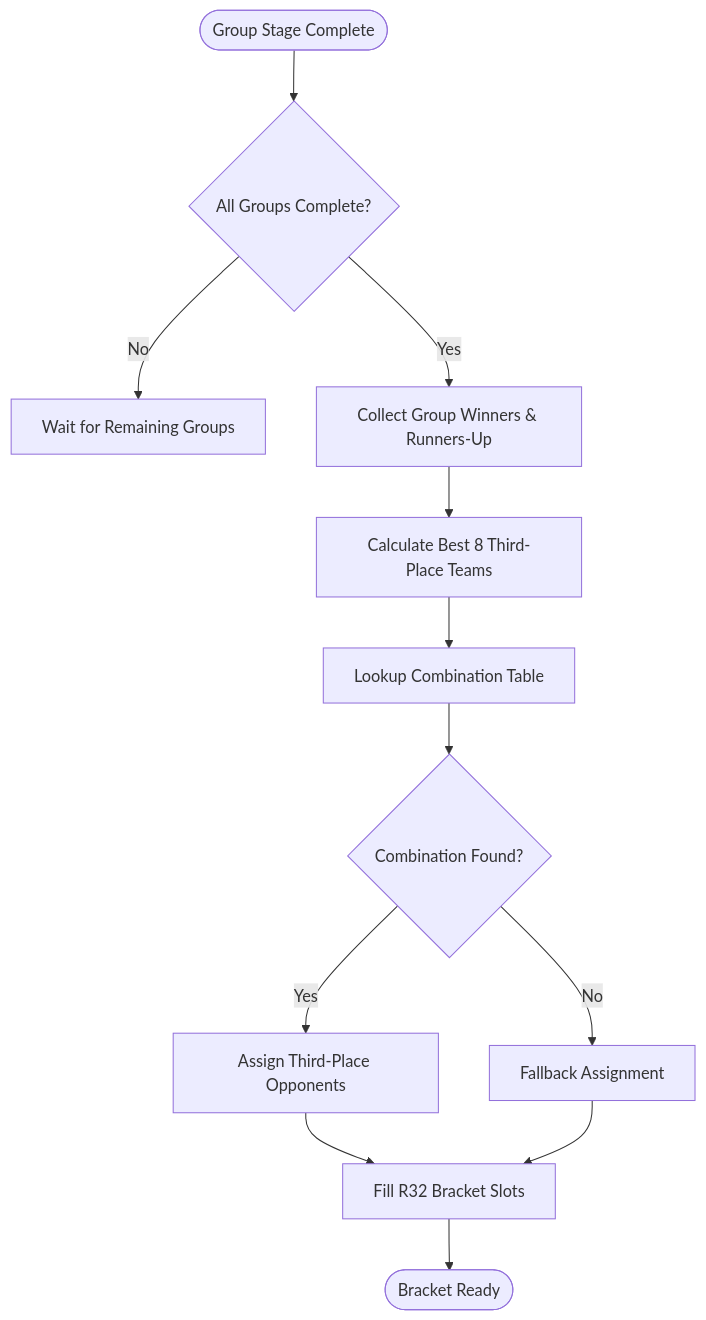
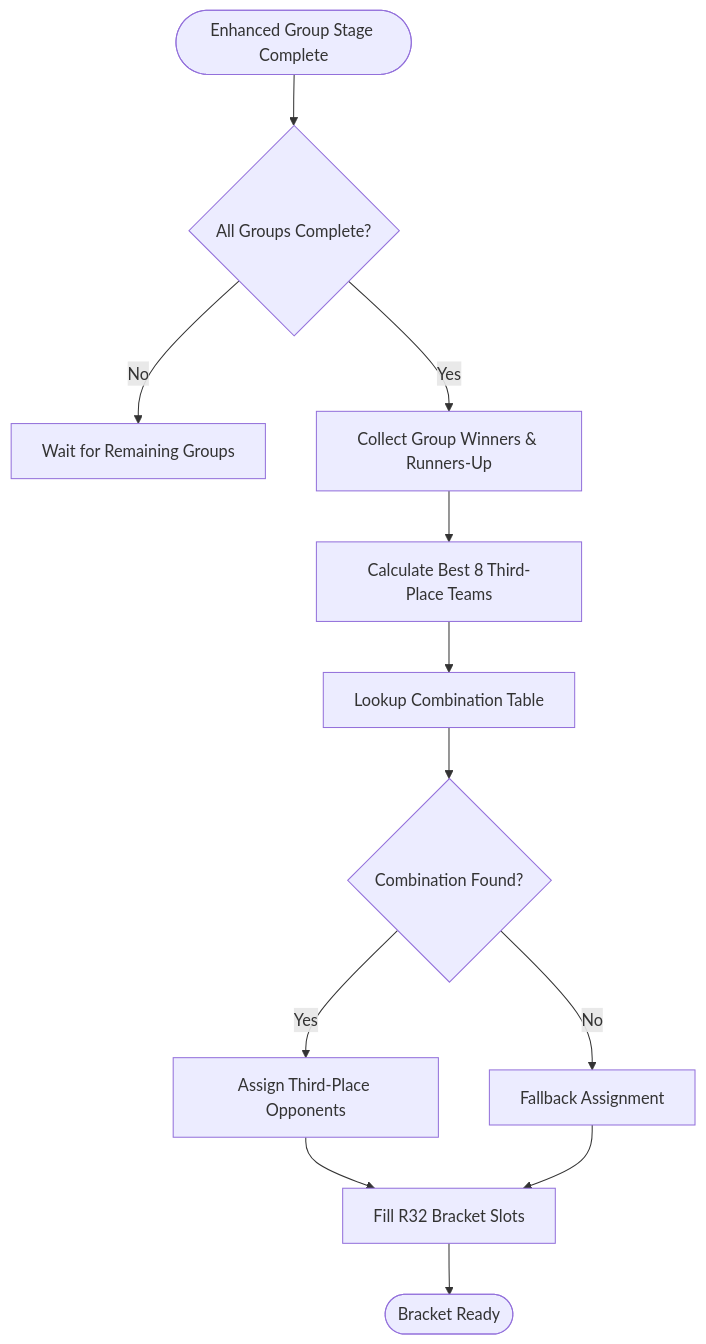
One commit to cheesiong/WC26-qwen changed the fifth of 10 diagrams in .qoder/repowiki/en/content/Tournament Management/Bracket Service.md. Above: the diagram before and after it, drawn with Mermaid. The commit also changed other lines of this file and 4 other files, not shown here.

````diff
--- a/.qoder/repowiki/en/content/Tournament Management/Bracket Service.md
+++ b/.qoder/repowiki/en/content/Tournament Management/Bracket Service.md
@@ -366,14 +421,14 @@
 ```mermaid
 flowchart TD
-Start([Group Stage Complete]) --> CheckComplete{"All Groups Complete?"}
+Start([Enhanced Group Stage Complete]) --> CheckComplete{"All Groups Complete?"}
 CheckComplete --> |No| Wait[Wait for Remaining Groups]
 CheckComplete --> |Yes| CollectTeams[Collect Group Winners & Runners-Up]
 CollectTeams --> ThirdPlaceCalc[Calculate Best 8 Third-Place Teams]
 ThirdPlaceCalc --> ComboLookup[Lookup Combination Table]
 ComboLookup --> ComboFound{"Combination Found?"}
 ComboFound --> |Yes| AssignOpponents[Assign Third-Place Opponents]
 ComboFound --> |No| FallbackAssign[Fallback Assignment]
 AssignOpponents --> FillR32[Fill R32 Bracket Slots]
 FallbackAssign --> FillR32
 FillR32 --> End([Bracket Ready])
 ```
````
